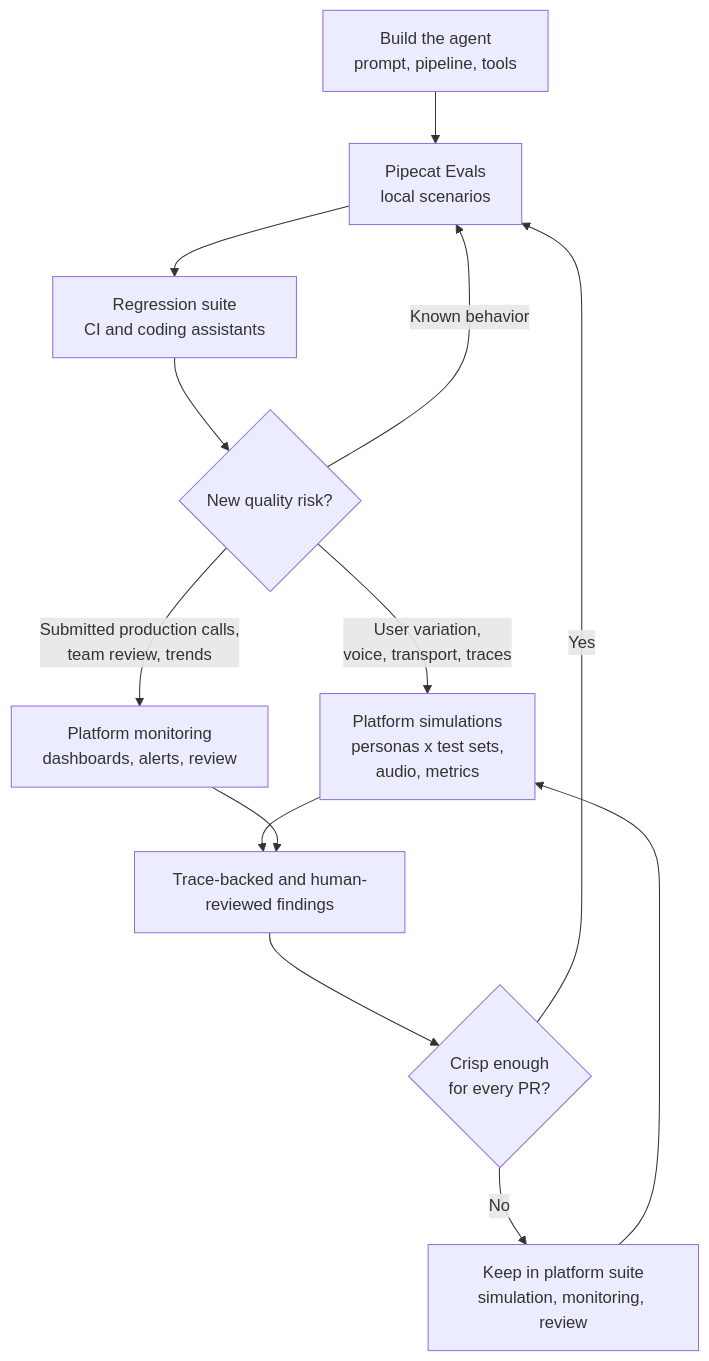
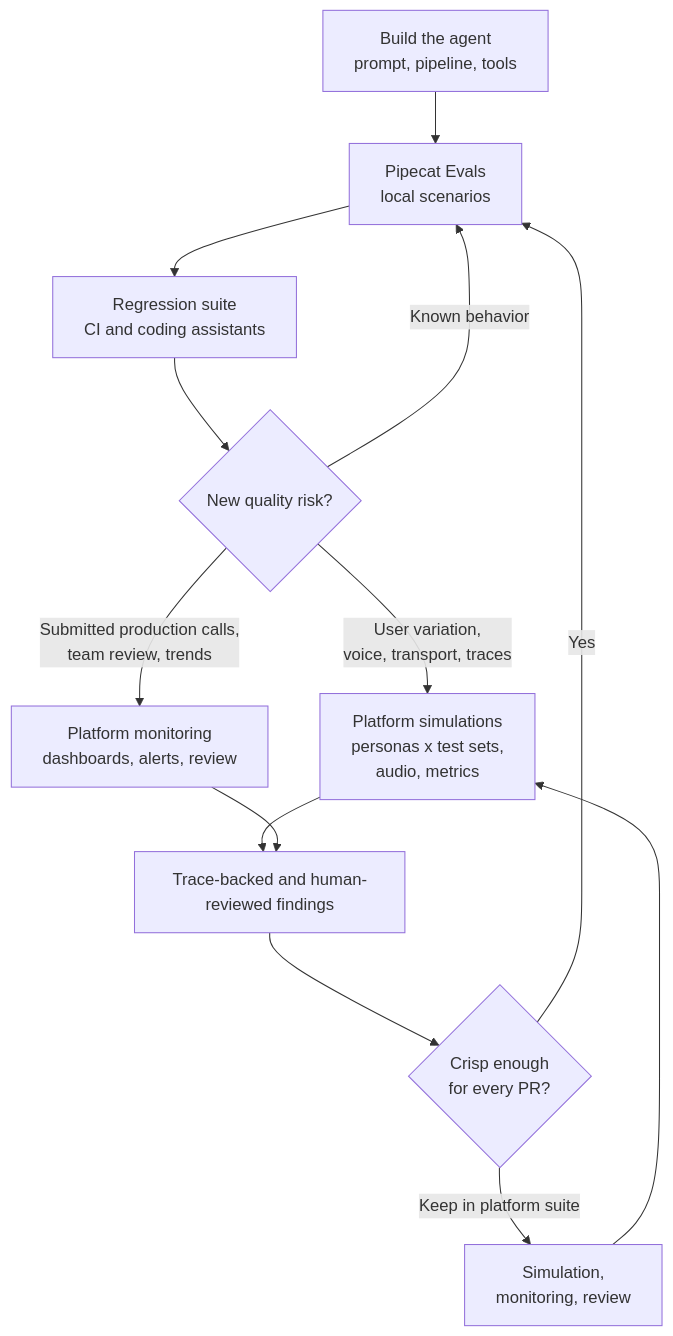
The diagram in pipecat/evals/lifecycle.mdx (pipecat-ai/docs), drawn with Mermaid before and after one commit. The commit also changed other lines of this file, not shown here.

````diff
--- a/pipecat/evals/lifecycle.mdx
+++ b/pipecat/evals/lifecycle.mdx
@@ -25,15 +25,15 @@
 ```mermaid
 flowchart TB
   A["Build the agent<br/>prompt, pipeline, tools"] --> B["Pipecat Evals<br/>local scenarios"]
   B --> C["Regression suite<br/>CI and coding assistants"]
   C --> D{"New quality risk?"}
   D -->|"Known behavior"| B
   D -->|"User variation,<br/>voice, transport, traces"| E["Platform simulations<br/>personas x test sets,<br/>audio, metrics"]
   D -->|"Submitted production calls,<br/>team review, trends"| F["Platform monitoring<br/>dashboards, alerts, review"]
   E --> G["Trace-backed and human-reviewed findings"]
   F --> G
   G --> H{"Crisp enough<br/>for every PR?"}
   H -->|"Yes"| B
-  H -->|"No"| I["Keep in platform suite<br/>simulation, monitoring, review"]
+  H -->|"Keep in platform suite"| I["Simulation,<br/>monitoring, review"]
   I --> E
 ```
````
